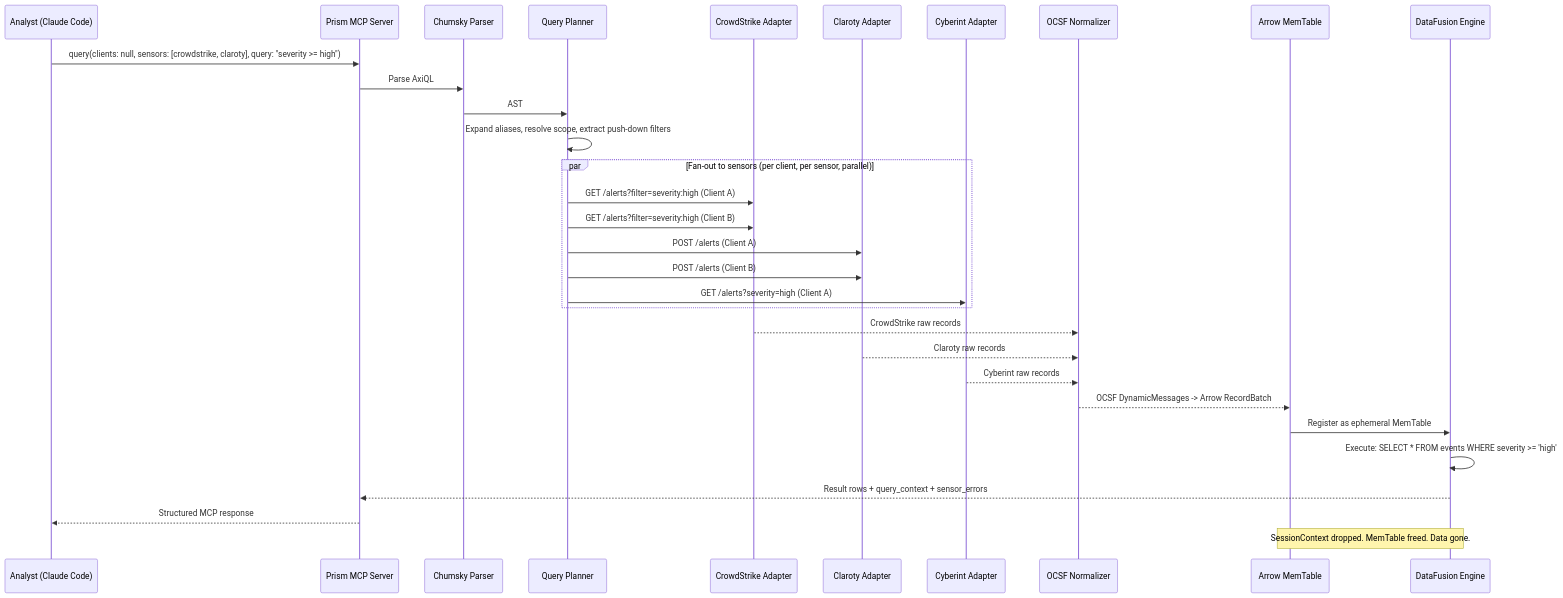
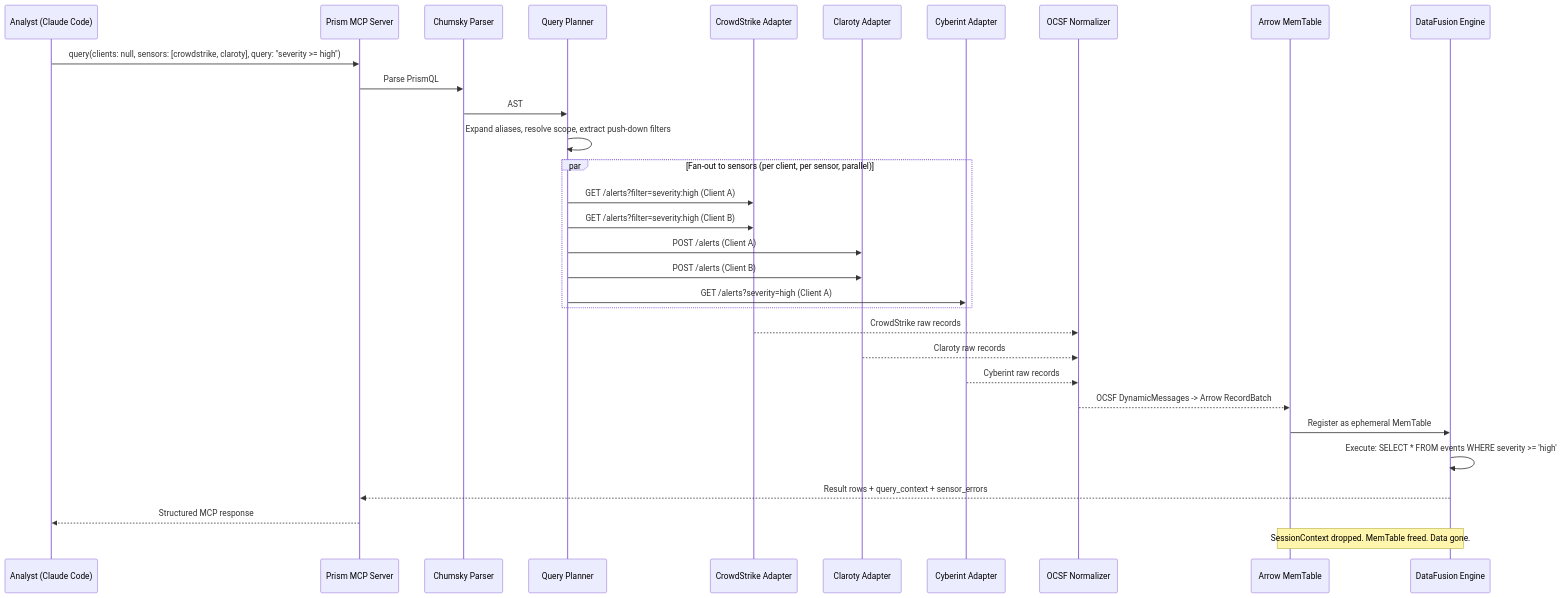
The diagram in specs/domain-spec/architecture-concept.md (drbothen/prism), drawn with Mermaid before and after one commit. The commit also changed other lines of this file and 58 other files, not shown here.

````diff
--- a/specs/domain-spec/architecture-concept.md
+++ b/specs/domain-spec/architecture-concept.md
@@ -140,38 +140,38 @@
 ```mermaid
 sequenceDiagram
     participant A as Analyst (Claude Code)
     participant M as Prism MCP Server
     participant P as Chumsky Parser
     participant Q as Query Planner
     participant S1 as CrowdStrike Adapter
     participant S2 as Claroty Adapter
     participant S3 as Cyberint Adapter
     participant N as OCSF Normalizer
     participant T as Arrow MemTable
     participant D as DataFusion Engine
 
     A->>M: query(clients: null, sensors: [crowdstrike, claroty], query: "severity >= high")
-    M->>P: Parse AxiQL
+    M->>P: Parse PrismQL
     P->>Q: AST
     Q->>Q: Expand aliases, resolve scope, extract push-down filters
 
     par Fan-out to sensors (per client, per sensor, parallel)
         Q->>S1: GET /alerts?filter=severity:high (Client A)
         Q->>S1: GET /alerts?filter=severity:high (Client B)
         Q->>S2: POST /alerts (Client A)
         Q->>S2: POST /alerts (Client B)
         Q->>S3: GET /alerts?severity=high (Client A)
     end
 
     S1-->>N: CrowdStrike raw records
     S2-->>N: Claroty raw records
     S3-->>N: Cyberint raw records
     N-->>T: OCSF DynamicMessages -> Arrow RecordBatch
 
     T->>D: Register as ephemeral MemTable
     D->>D: Execute: SELECT * FROM events WHERE severity >= 'high'
     D-->>M: Result rows + query_context + sensor_errors
     M-->>A: Structured MCP response
 
     Note over T,D: SessionContext dropped. MemTable freed. Data gone.
 ```
````
